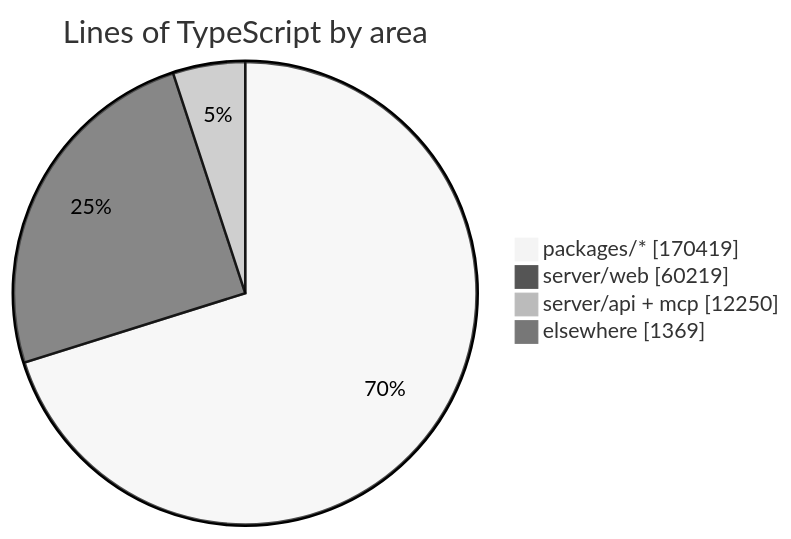
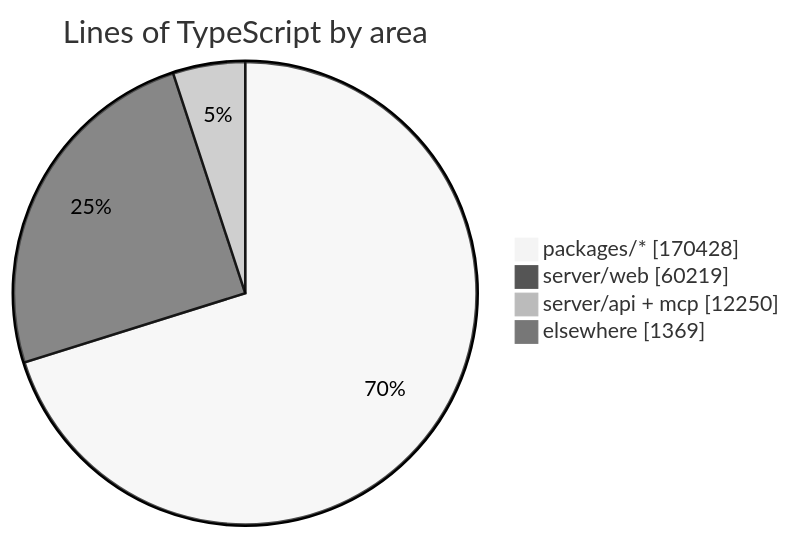
Before and after one commit to crossworks-engineering/mantle: the diagram in README.md, drawn with Mermaid (neutral theme). The commit also changed other lines of this file and 2 other files, not shown here.

````diff
--- a/README.md
+++ b/README.md
@@ -279,7 +279,7 @@
 ```mermaid
 pie showData title Lines of TypeScript by area
-    "packages/*" : 170419
+    "packages/*" : 170428
     "server/web" : 60219
     "server/api + mcp" : 12250
     "elsewhere" : 1369
 ```
````
